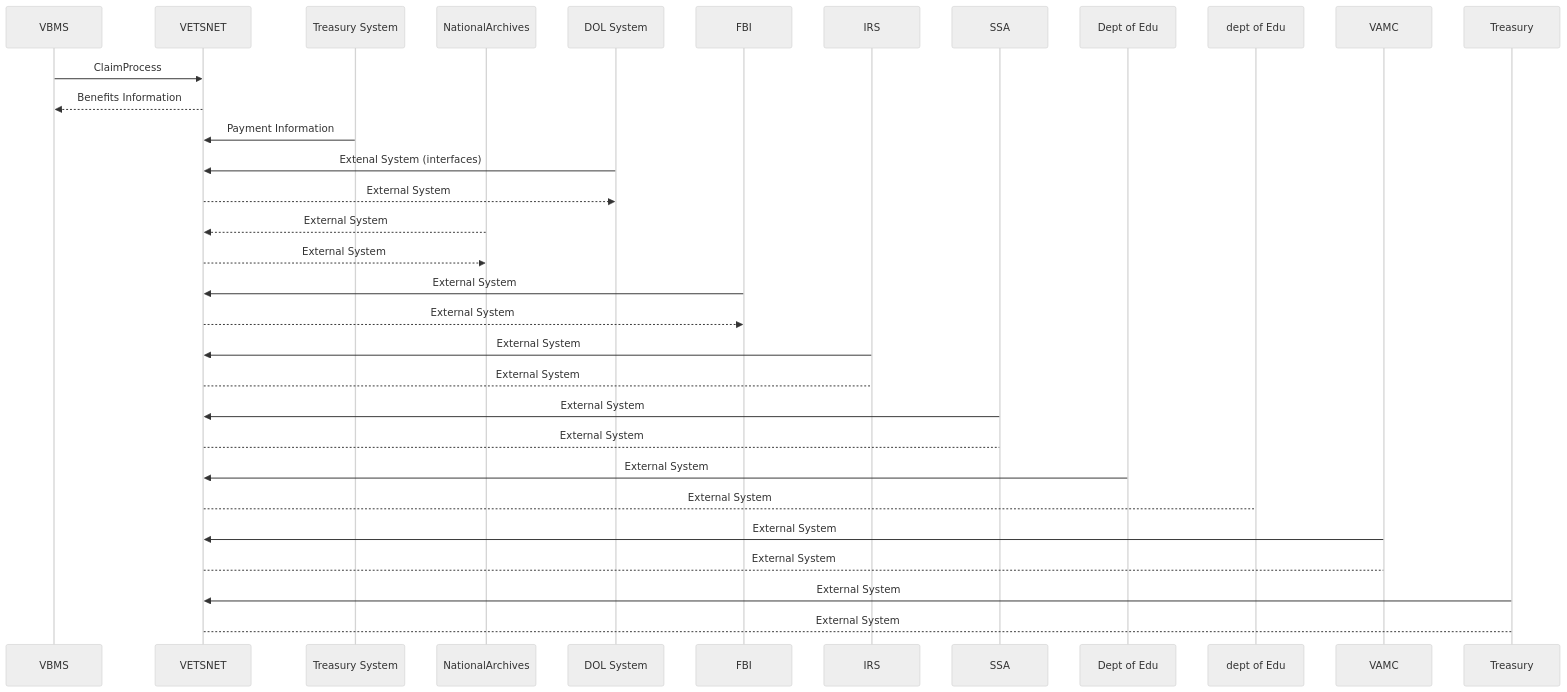
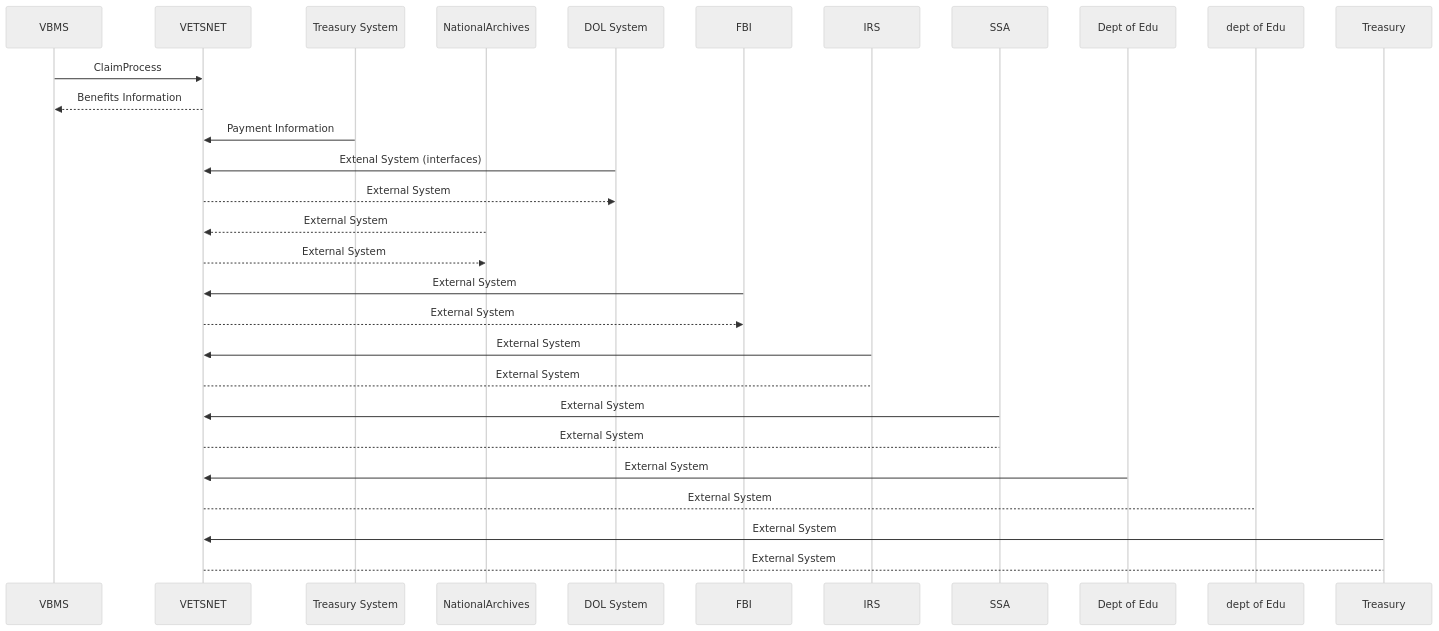
Before and after one commit to RickyJe/VBMS: the diagram in Veterans Service Network.md, drawn with Mermaid (neutral theme).

Commit message:
Update Veterans Service Network.md

````diff
--- a/Veterans Service Network.md
+++ b/Veterans Service Network.md
@@ -1,27 +1,25 @@
 ```mermaid
 sequenceDiagram
     Participant VBMS
     Participant VETSNET
     Participant Treasury System
     Participant NationalArchives
     Participant DOL System
     VBMS ->> VETSNET: ClaimProcess
     VETSNET -->> VBMS: Benefits Information
     Treasury System ->> VETSNET:  Payment Information
     DOL System ->> VETSNET :Extenal System (interfaces)
     VETSNET -->> DOL System : External System
     NationalArchives -->> VETSNET : External System
     VETSNET -->> NationalArchives: External System
     FBI ->> VETSNET : External System
     VETSNET -->> FBI : External System
     IRS->> VETSNET : External System
     VETSNET --> IRS: External System
     SSA->> VETSNET : External System
     VETSNET --> SSA: External System
     Dept of Edu->> VETSNET : External System
     VETSNET --> dept of Edu: External System 
-    VAMC ->> VETSNET : External System
-    VETSNET --> VAMC: External System
     Treasury ->> VETSNET : External System
     VETSNET --> Treasury: External System
 ```
````
